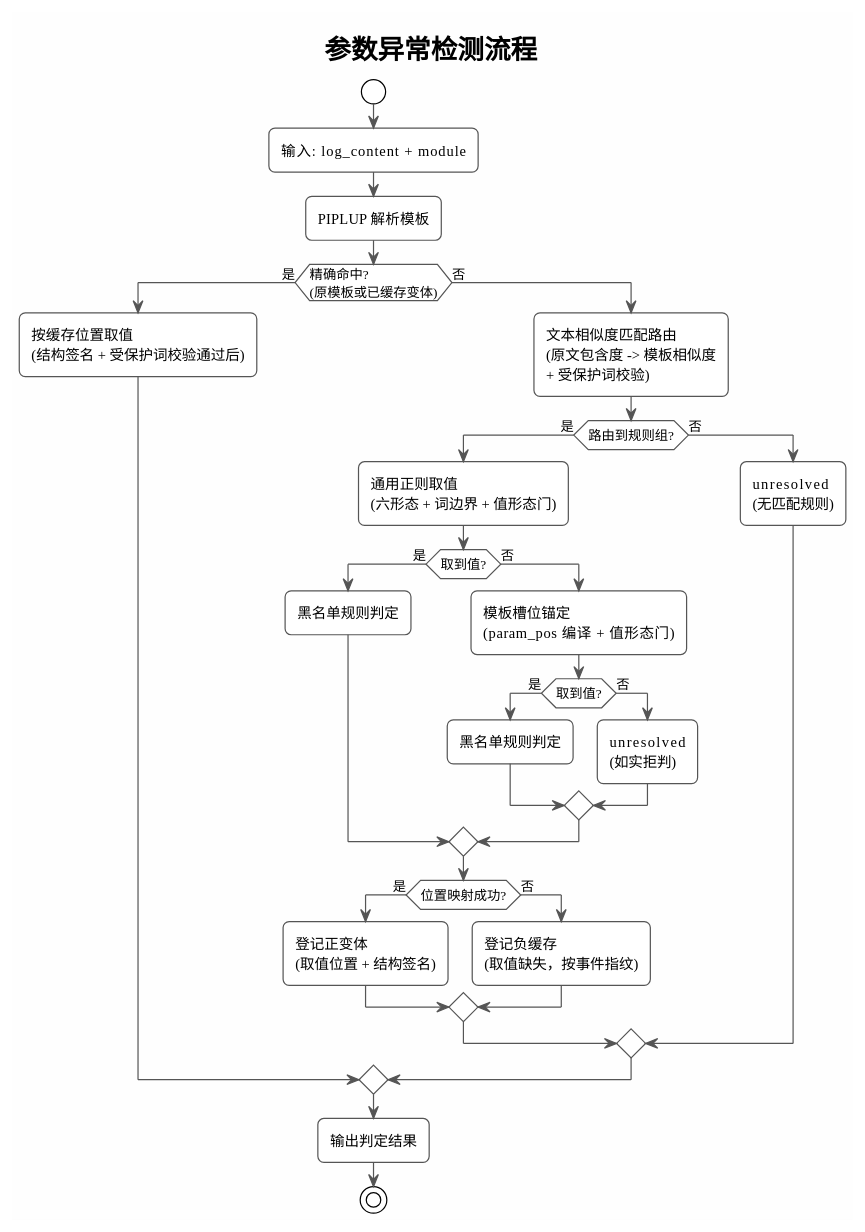
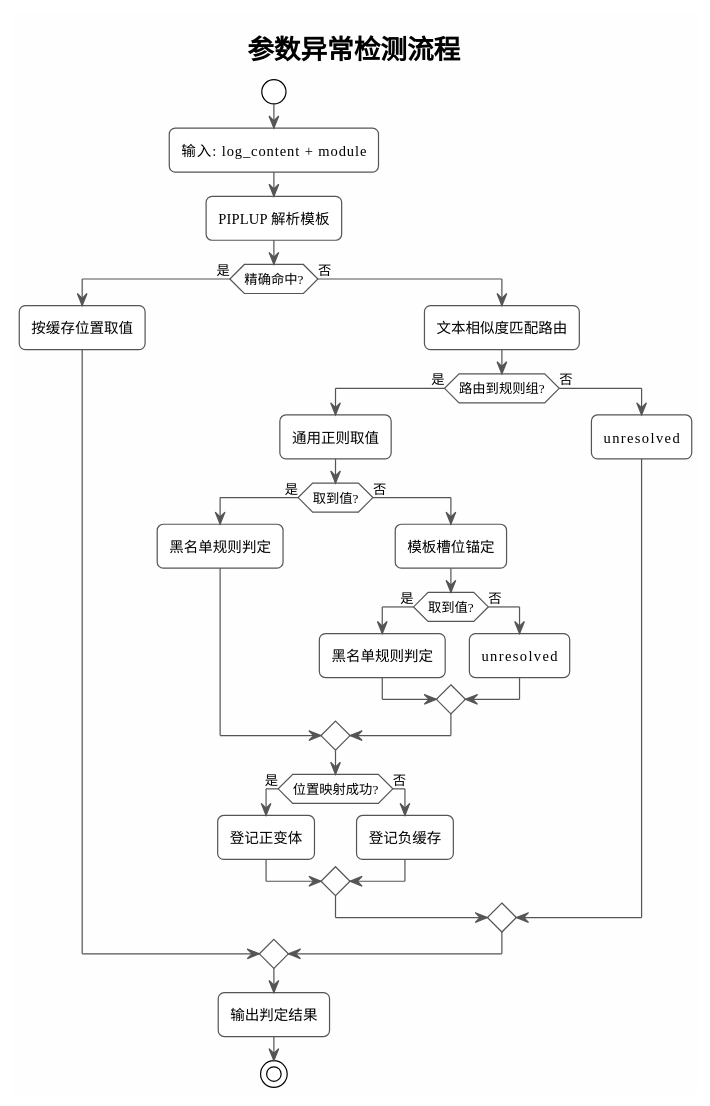
Before and after one commit to HouMonKy/TIG-PIPLUP: the sixth of 10 diagrams in LogNet3.0方案设计与实现文档.md, drawn with PlantUML. The commit also changed other lines of this file and 1 other file, not shown here.

````diff
--- a/LogNet3.0方案设计与实现文档.md
+++ b/LogNet3.0方案设计与实现文档.md
@@ -504,52 +503,52 @@
 ```plantuml
 @startuml Parameter_Detection_Flow
 !theme plain
 skinparam backgroundColor #FEFEFE
 skinparam shadowing false
 skinparam roundCorner 10
 skinparam ActivityBorderColor #555555
 skinparam ArrowColor #555555
 
 title 参数异常检测流程
 
 start
 
 :输入: log_content + module;
 
 :PIPLUP 解析模板;
 
-if (精确命中?\n(原模板或已缓存变体)) then (是)
-    :按缓存位置取值\n(结构签名 + 受保护词校验通过后);
+if (精确命中?) then (是)
+    :按缓存位置取值;
 else (否)
 
-    :文本相似度匹配路由\n(原文包含度 -> 模板相似度\n+ 受保护词校验);
+    :文本相似度匹配路由;
 
     if (路由到规则组?) then (是)
-        :通用正则取值\n(六形态 + 词边界 + 值形态门);
+        :通用正则取值;
         if (取到值?) then (是)
             :黑名单规则判定;
         else (否)
-            :模板槽位锚定\n(param_pos 编译 + 值形态门);
+            :模板槽位锚定;
             if (取到值?) then (是)
                 :黑名单规则判定;
             else (否)
-                :unresolved\n(如实拒判);
+                :unresolved;
             endif
         endif
         if (位置映射成功?) then (是)
-            :登记正变体\n(取值位置 + 结构签名);
+            :登记正变体;
         else (否)
-            :登记负缓存\n(取值缺失，按事件指纹);
+            :登记负缓存;
         endif
     else (否)
-        :unresolved\n(无匹配规则);
+        :unresolved;
     endif
 
 endif
 
 :输出判定结果;
 
 stop
 
 @enduml
 ```
````
